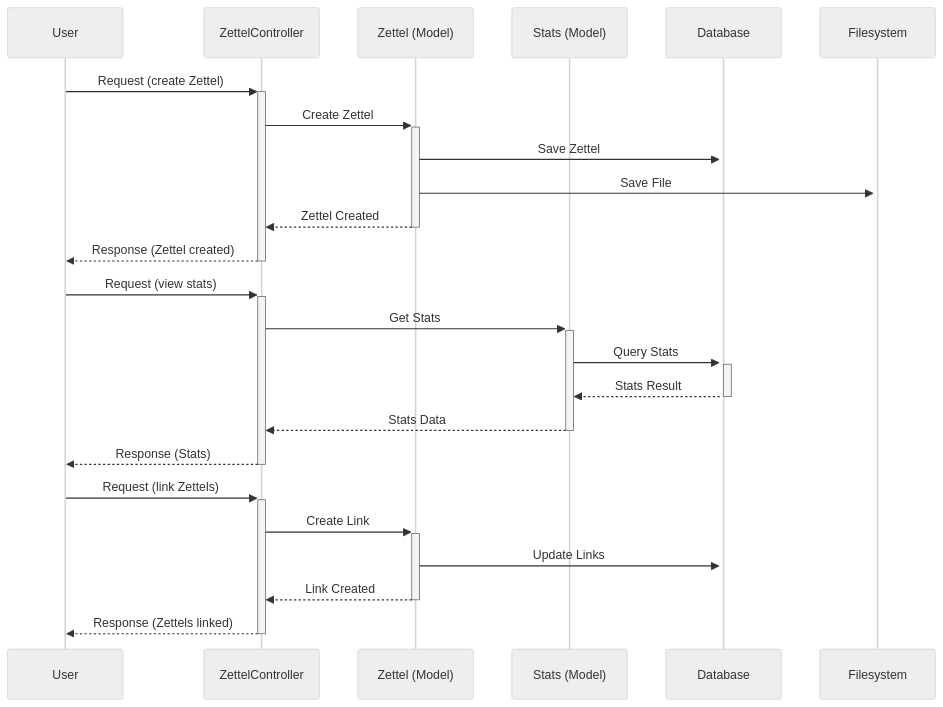
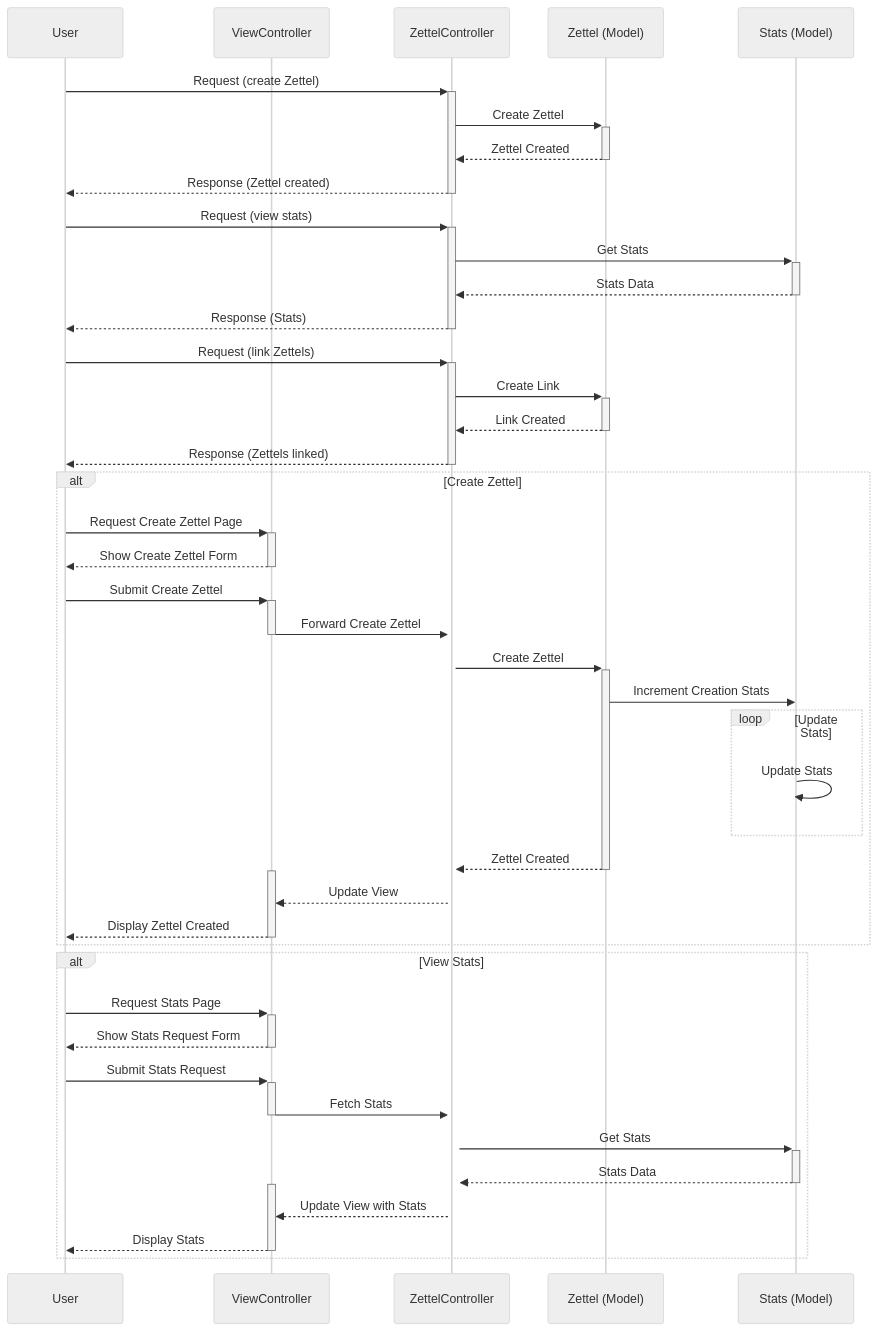
Before and after one commit to Odas0R/zet-cmd: the first of 2 diagrams in ARCHITECTURE.md, drawn with Mermaid (neutral theme). The commit also changed other lines of this file, not shown here.

Commit message:
update architecure

````diff
--- a/ARCHITECTURE.md
+++ b/ARCHITECTURE.md
@@ -63,31 +63,53 @@
 ```mermaid
-
 sequenceDiagram
     participant User
+    participant VC as ViewController
     participant ZC as ZettelController
     participant Z as Zettel (Model)
     participant SM as Stats (Model)
-    participant DB as Database
-    participant FS as Filesystem
 
     User->>+ZC: Request (create Zettel)
     ZC->>+Z: Create Zettel
-    Z->>+DB: Save Zettel
-    Z->>+FS: Save File
     Z-->>-ZC: Zettel Created
     ZC-->>-User: Response (Zettel created)
 
     User->>+ZC: Request (view stats)
     ZC->>+SM: Get Stats
-    SM->>+DB: Query Stats
-    DB-->>-SM: Stats Result
     SM-->>-ZC: Stats Data
     ZC-->>-User: Response (Stats)
 
     User->>+ZC: Request (link Zettels)
     ZC->>+Z: Create Link
-    Z->>DB: Update Links
     Z-->>-ZC: Link Created
     ZC-->>-User: Response (Zettels linked)
 
+    alt Create Zettel
+        User->>+VC: Request Create Zettel Page
+        VC-->>-User: Show Create Zettel Form
+        User->>+VC: Submit Create Zettel
+        VC->>+ZC: Forward Create Zettel
+        deactivate VC
+        ZC->>+Z: Create Zettel
+        Z->>SM: Increment Creation Stats
+        loop Update Stats
+            SM->>SM: Update Stats
+        end
+        Z-->>-ZC: Zettel Created
+        activate VC
+        ZC-->>VC: Update View
+        VC-->>-User: Display Zettel Created
+    end
+
+    alt View Stats
+        User->>+VC: Request Stats Page
+        VC-->>-User: Show Stats Request Form
+        User->>+VC: Submit Stats Request
+        VC->>+ZC: Fetch Stats
+        deactivate VC
+        ZC->>+SM: Get Stats
+        SM-->>-ZC: Stats Data
+        activate VC
+        ZC-->>VC: Update View with Stats
+        VC-->>-User: Display Stats
+    end
 ```
````
